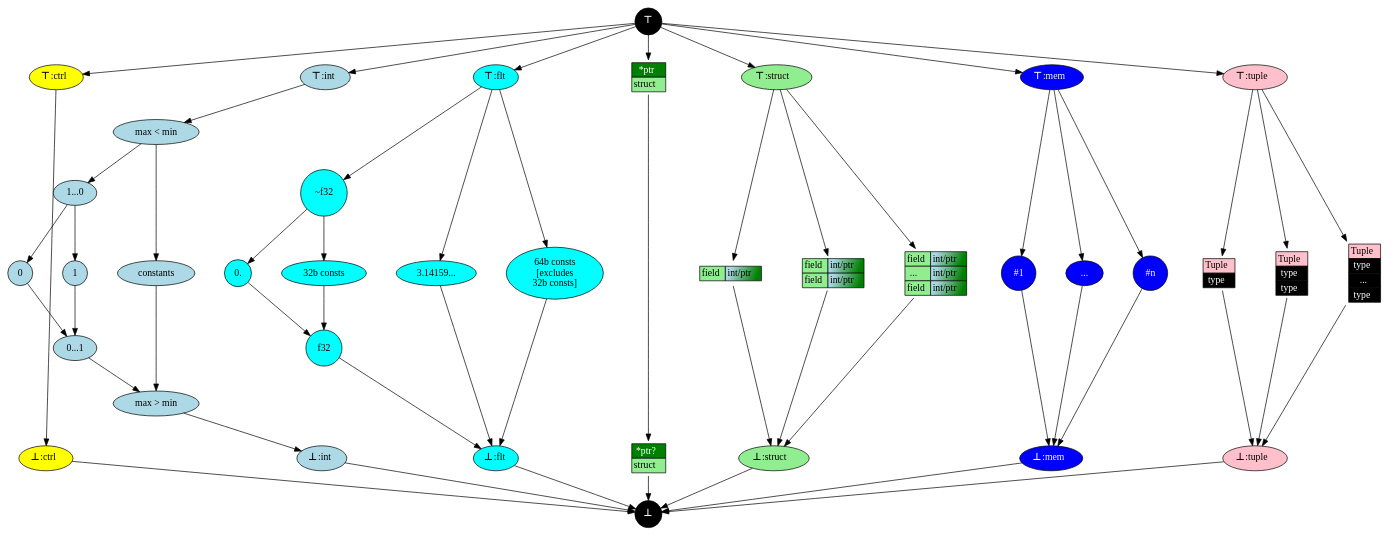
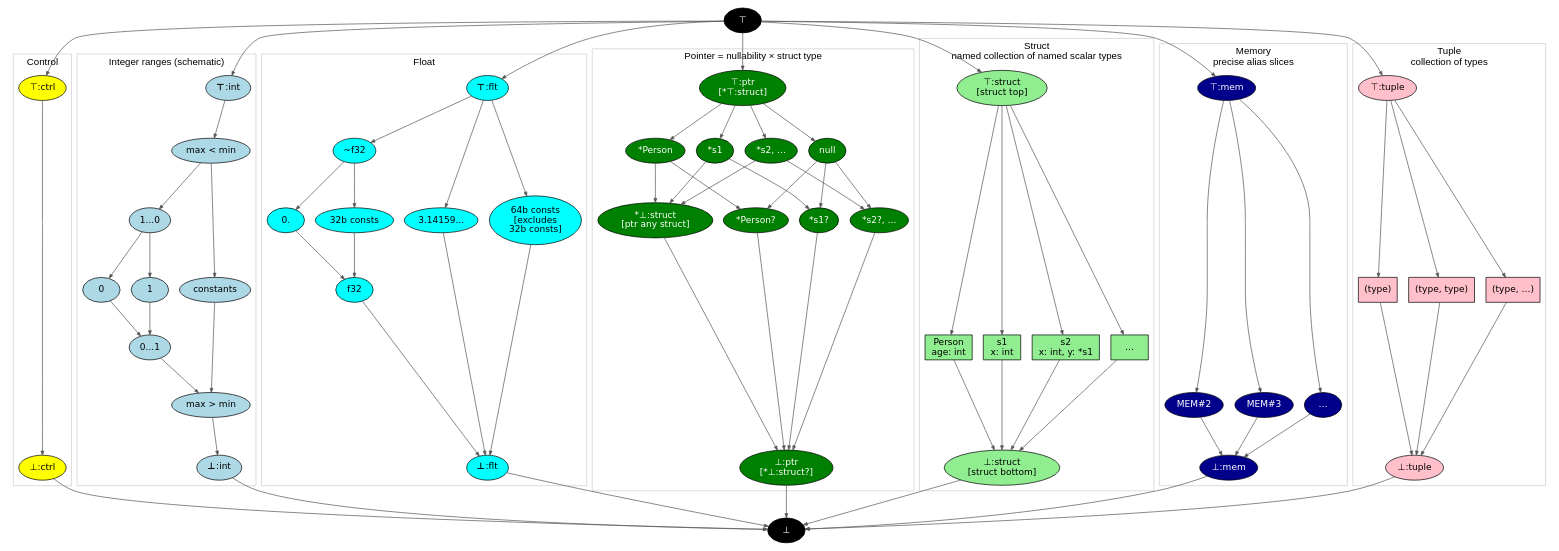
One commit to SeaOfNodes/Simple changed the diagram in chapter14/docs/lattice.gv. Above: the diagram before and after it, drawn with Graphviz. The commit also changed 175 other files, not shown here.

```diff
--- a/chapter14/docs/lattice.gv
+++ b/chapter14/docs/lattice.gv
@@ -1,202 +1,159 @@
 digraph Lattice {
-    compound = true;
-    // Define nodes
-    splines=false;
-    node [shape=circle, style=filled];
-    nodesep=0.6;
+    rankdir=TB;
+    newrank=true;
+    // Preserve the same-rank ordering edges through cluster layout.
+    remincross=false;
+    nodesep=0.22;
+    ranksep=0.65;
+    node [shape=ellipse, style=filled, fontname="DejaVu Sans", fontsize=13];
+    edge [color="#555555", arrowsize=0.6];
 
-    TOP [label=<<B>⊤</B >>, fillcolor=black, fontcolor=white];
-    BOT [label=<<B>⊥</B>>, fillcolor=black, fontcolor=white];
+    // These arrows are lattice-order edges, not use/definition edges.
+    TOP [label="⊤", fillcolor=black, fontcolor=white];
+    BOT [label="⊥", fillcolor=black, fontcolor=white];
 
-    // ----------------------
-    // Control
-    XCTRL [label=<<B>⊤</B >:ctrl>, fillcolor=yellow, shape=oval];
-    CTRL  [label=<<B>⊥</B>:ctrl>, fillcolor=yellow, shape=oval];
+    subgraph cluster_control {
+        label="Control"; fontname="Arial"; color="#cccccc";
+        node [fillcolor="#ffff00"];
+        XCTRL [label="⊤:ctrl"];
+        CTRL [label="⊥:ctrl"];
+        XCTRL -> CTRL;
+    }
 
-    TOP   -> XCTRL;
-    XCTRL -> CTRL;
-    CTRL  -> BOT;
+    subgraph cluster_integer {
+        label="Integer ranges (schematic)"; fontname="Arial"; color="#cccccc";
+        INT_TOP [label=<<B>⊤</B >:int>, fillcolor=lightblue, shape=oval];
+        INT_BOT [label=<<B>⊥</B>:int>, fillcolor=lightblue, shape=oval];
 
-    // ----------------------
-    // Integers
-    INT_TOP [label=<<B>⊤</B >:int>, fillcolor=lightblue, shape=oval];
-    INT_BOT [label=<<B>⊥</B>:int>, fillcolor=lightblue, shape=oval];
+        INT_HI    [label="max < min" , fillcolor=lightblue, shape=oval];
+        INT_XBOOL [label="1...0", fillcolor=lightblue, shape=oval];
+        INT_CON   [label="constants", fillcolor=lightblue, shape=oval];
+        INT_CON0  [label="0", fillcolor=lightblue];
+        INT_CON1  [label="1", fillcolor=lightblue];
+        INT_BOOL  [label="0...1", fillcolor=lightblue,shape=oval];
+        INT_LO    [label="max > min" , fillcolor=lightblue, shape=oval];
 
-    INT_HI    [label="max < min" , fillcolor=lightblue, shape=oval];
-    INT_XBOOL [label="1...0", fillcolor=lightblue, shape=oval];
-    INT_CON   [label="constants", fillcolor=lightblue, shape=oval];
-    INT_CON0  [label="0", fillcolor=lightblue];
-    INT_CON1  [label="1", fillcolor=lightblue];
-    INT_BOOL  [label="0...1", fillcolor=lightblue,shape=oval];
-    INT_LO    [label="max > min" , fillcolor=lightblue, shape=oval];
+        INT_TOP    -> INT_HI;
+        INT_HI     -> INT_XBOOL;
+        INT_XBOOL  -> INT_CON0;
+        INT_XBOOL  -> INT_CON1;
+        INT_HI     -> INT_CON;
+        INT_CON0   -> INT_BOOL;
+        INT_CON1   -> INT_BOOL;
+        INT_BOOL   -> INT_LO;
+        INT_CON    -> INT_LO;
+        INT_LO     -> INT_BOT;
 
-    TOP        -> INT_TOP;
-    INT_TOP    -> INT_HI;
-    INT_HI     -> INT_XBOOL;
-    INT_XBOOL  -> INT_CON0;
-    INT_XBOOL  -> INT_CON1;
-    INT_HI     -> INT_CON;
-    INT_CON0   -> INT_BOOL;
-    INT_CON1   -> INT_BOOL;
-    INT_BOOL   -> INT_LO;
-    INT_CON    -> INT_LO;
-    INT_LO     -> INT_BOT;
-    INT_BOT    -> BOT;
+        INT_CON0 -> INT_CON1 -> INT_CON [style=invis];
 
-    INT_CON0 -> INT_CON1 -> INT_CON [style=invis];
+        {rank=same; INT_CON0; INT_CON1; INT_CON;}
+    }
 
-    // ----------------------
-    // Floats
-    FLT_TOP [label=<<B>⊤</B >:flt>, fillcolor=aqua, shape=oval];
-    FLT_BOT [label=<<B>⊥</B>:flt>, fillcolor=aqua, shape=oval];
+    subgraph cluster_float {
+        label="Float"; fontname="Arial"; color="#cccccc";
+        FLT_TOP [label=<<B>⊤</B >:flt>, fillcolor=aqua, shape=oval];
+        FLT_BOT [label=<<B>⊥</B>:flt>, fillcolor=aqua, shape=oval];
 
-    FLT_CON64  [label="64b consts\n[excludes\n32b consts]" , fillcolor=aqua, shape=oval];
-    FLT_CON32  [label="32b consts", fillcolor=aqua, shape=oval];
-    FLT_CONPI  [label="3.14159...", fillcolor=aqua, shape=oval];
-    FLT_X32    [label="~f32", fillcolor=aqua];
-    FLT_CON0   [label="0."  , fillcolor=aqua];
-    FLT_32     [label="f32" , fillcolor=aqua];
+        FLT_CON64  [label="64b consts\n[excludes\n32b consts]" , fillcolor=aqua, shape=oval];
+        FLT_CON32  [label="32b consts", fillcolor=aqua, shape=oval];
+        FLT_CONPI  [label="3.14159...", fillcolor=aqua, shape=oval];
+        FLT_X32    [label="~f32", fillcolor=aqua];
+        FLT_CON0   [label="0."  , fillcolor=aqua];
+        FLT_32     [label="f32" , fillcolor=aqua];
 
-    TOP       -> FLT_TOP;
-    FLT_TOP   -> FLT_CON64
-    FLT_TOP   -> FLT_CONPI
-    FLT_CON64 -> FLT_BOT
-    FLT_CONPI -> FLT_BOT
-    
-    FLT_TOP   -> FLT_X32;
-    FLT_X32   -> FLT_CON0;
-    FLT_X32   -> FLT_CON32;
-    FLT_CON0  -> FLT_32;
-    FLT_CON32 -> FLT_32;
-    FLT_32    -> FLT_BOT
-    
-    FLT_BOT   -> BOT;
+        FLT_TOP   -> FLT_CON64
+        FLT_TOP   -> FLT_CONPI
+        FLT_CON64 -> FLT_BOT
+        FLT_CONPI -> FLT_BOT
 
-    FLT_CON0 -> FLT_CON32 -> FLT_CONPI -> FLT_CON64 [style=invis];
+        FLT_TOP   -> FLT_X32;
+        FLT_X32   -> FLT_CON0;
+        FLT_X32   -> FLT_CON32;
+        FLT_CON0  -> FLT_32;
+        FLT_CON32 -> FLT_32;
+        FLT_32    -> FLT_BOT
+
+        FLT_CON0 -> FLT_CON32 -> FLT_CONPI -> FLT_CON64 [style=invis];
 
 
-    // ----------------------
-    // Pointers, just a boolean nil/not and a struct
-    PTR  [shape=none, fillcolor=none, label=<
-      <TABLE BORDER="0" CELLBORDER="1" CELLSPACING="0">
-        <TR><TD BGCOLOR="green"><FONT color="white">*ptr</FONT></TD></TR>
-        <TR><TD BGCOLOR="lightgreen">struct</TD></TR>
-      </TABLE>
-    >];
-    PTR0  [shape=none, fillcolor=none, label=<
-      <TABLE BORDER="0" CELLBORDER="1" CELLSPACING="0">
-        <TR><TD BGCOLOR="green"><FONT color="white">*ptr?</FONT></TD></TR>
-        <TR><TD BGCOLOR="lightgreen">struct</TD></TR>
-      </TABLE>
-    >];
-    
-    TOP  -> PTR;
-    PTR  -> PTR0;
-    PTR0 -> BOT;
+        {rank=same; FLT_CON0; FLT_CON32; FLT_CONPI; FLT_CON64;}
+    }
 
-    // ----------------------
-    // Structs
-    STRUCT_TOP    [label=<<B>⊤</B >:struct>, fillcolor=lightgreen, shape=oval];
-    STRUCT_BOT    [label=<<B>⊥</B>:struct>, fillcolor=lightgreen, shape=oval];
+    subgraph cluster_pointer {
+        label="Pointer = nullability × struct type";
+        fontname="Arial"; color="#cccccc";
+        node [fillcolor="#008000", fontcolor=white];
+        PTR_TOP [label="⊤:ptr\n[*⊤:struct]"];
+        PTR_BOT [label="⊥:ptr\n[*⊥:struct?]"];
+        PTR_NULL [label="null"];
+        PTR_ANY [label="*⊥:struct\n[ptr any struct]"];
+        PTR_PERSON [label="*Person"];
+        PTR_S1 [label="*s1"];
+        PTR_MORE [label="*s2, …"];
+        PTR_PERSON_NIL [label="*Person?"];
+        PTR_S1_NIL [label="*s1?"];
+        PTR_MORE_NIL [label="*s2?, …"];
+        {rank=same; PTR_PERSON; PTR_S1; PTR_MORE; PTR_NULL;}
+        {rank=same; PTR_ANY; PTR_PERSON_NIL; PTR_S1_NIL; PTR_MORE_NIL;}
+        PTR_PERSON -> PTR_S1 -> PTR_MORE -> PTR_NULL [style=invis];
+        PTR_ANY -> PTR_PERSON_NIL -> PTR_S1_NIL -> PTR_MORE_NIL [style=invis];
+        PTR_TOP -> {PTR_PERSON PTR_S1 PTR_MORE PTR_NULL};
+        {PTR_PERSON PTR_S1 PTR_MORE} -> PTR_ANY;
+        PTR_PERSON -> PTR_PERSON_NIL;
+        PTR_S1 -> PTR_S1_NIL;
+        PTR_MORE -> PTR_MORE_NIL;
+        PTR_NULL -> {PTR_PERSON_NIL PTR_S1_NIL PTR_MORE_NIL};
+        {PTR_ANY PTR_PERSON_NIL PTR_S1_NIL PTR_MORE_NIL} -> PTR_BOT;
+    }
 
-    STRUCT_S1  [shape=none, fillcolor=none, label=<
-      <TABLE BORDER="0" CELLBORDER="1" CELLSPACING="0">
-        <TR><TD BGCOLOR="lightgreen">field</TD><TD BGCOLOR="lightblue:green" gradientangle="315">int/ptr</TD></TR>
-      </TABLE>
-    >];
-    STRUCT_S2  [shape=none, fillcolor=none, label=<
-      <TABLE BORDER="0" CELLBORDER="1" CELLSPACING="0">
-        <TR><TD BGCOLOR="lightgreen">field</TD><TD BGCOLOR="lightblue:green" gradientangle="315">int/ptr</TD></TR>
-        <TR><TD BGCOLOR="lightgreen">field</TD><TD BGCOLOR="lightblue:green" gradientangle="315">int/ptr</TD></TR>
-      </TABLE>
-    >];
-    STRUCT_SN  [shape=none, fillcolor=none, label=<
-      <TABLE BORDER="0" CELLBORDER="1" CELLSPACING="0">
-        <TR><TD BGCOLOR="lightgreen">field</TD><TD BGCOLOR="lightblue:green" gradientangle="315">int/ptr</TD></TR>
-        <TR><TD BGCOLOR="lightgreen">...  </TD><TD BGCOLOR="lightblue:green" gradientangle="315">int/ptr</TD></TR>
-        <TR><TD BGCOLOR="lightgreen">field</TD><TD BGCOLOR="lightblue:green" gradientangle="315">int/ptr</TD></TR>
-      </TABLE>
-    >];
+    subgraph cluster_struct {
+        label="Struct\nnamed collection of named scalar types";
+        fontname="Arial"; color="#cccccc";
+        node [fillcolor="#90ee90"];
+        STRUCT_TOP [label="⊤:struct\n[struct top]"];
+        STRUCT_BOT [label="⊥:struct\n[struct bottom]"];
+        STRUCT_PERSON [label="Person\nage: int", shape=box];
+        STRUCT_S1 [label="s1\nx: int", shape=box];
+        STRUCT_S2 [label="s2\nx: int, y: *s1", shape=box];
+        STRUCT_MORE [label="…", shape=box];
+        {rank=same; STRUCT_PERSON; STRUCT_S1; STRUCT_S2; STRUCT_MORE;}
+        STRUCT_PERSON -> STRUCT_S1 -> STRUCT_S2 -> STRUCT_MORE [style=invis];
+        STRUCT_TOP -> {STRUCT_PERSON STRUCT_S1 STRUCT_S2 STRUCT_MORE};
+        {STRUCT_PERSON STRUCT_S1 STRUCT_S2 STRUCT_MORE} -> STRUCT_BOT;
+    }
 
+    subgraph cluster_memory {
+        label="Memory\nprecise alias slices"; fontname="Arial"; color="#cccccc";
+        node [fillcolor="#00008b", fontcolor=white];
+        MEM_TOP [label="⊤:mem"];
+        MEM_BOT [label="⊥:mem"];
+        MEM_ALIAS2 [label="MEM#2"];
+        MEM_ALIAS3 [label="MEM#3"];
+        MEM_MORE [label="…"];
+        {rank=same; MEM_ALIAS2; MEM_ALIAS3; MEM_MORE;}
+        MEM_ALIAS2 -> MEM_ALIAS3 -> MEM_MORE [style=invis];
+        MEM_TOP -> {MEM_ALIAS2 MEM_ALIAS3 MEM_MORE};
+        {MEM_ALIAS2 MEM_ALIAS3 MEM_MORE} -> MEM_BOT;
+    }
 
-    TOP          -> STRUCT_TOP;
-    STRUCT_TOP   -> STRUCT_S1;
-    STRUCT_TOP   -> STRUCT_S2;
-    STRUCT_TOP   -> STRUCT_SN;
-    STRUCT_S1    -> STRUCT_BOT;
-    STRUCT_S2    -> STRUCT_BOT;
-    STRUCT_SN    -> STRUCT_BOT;
-    STRUCT_BOT   -> BOT;
+    subgraph cluster_tuple {
+        label="Tuple\ncollection of types";
+        fontname="Arial"; color="#cccccc";
+        node [fillcolor="#ffc0cb"];
+        TUPLE_TOP [label="⊤:tuple"];
+        TUPLE_BOT [label="⊥:tuple"];
+        TUPLE1 [label="(type)", shape=box];
+        TUPLE2 [label="(type, type)", shape=box];
+        TUPLEN [label="(type, …)", shape=box];
+        {rank=same; TUPLE1; TUPLE2; TUPLEN;}
+        TUPLE1 -> TUPLE2 -> TUPLEN [style=invis];
+        TUPLE_TOP -> {TUPLE1 TUPLE2 TUPLEN};
+        {TUPLE1 TUPLE2 TUPLEN} -> TUPLE_BOT;
+    }
 
-    STRUCT_S1 -> STRUCT_S2 -> STRUCT_SN [style=invis];
-
-    // ----------------------
-    // Memory
-    MEM_TOP       [label=<<B>⊤</B >:mem>, fillcolor=blue, fontcolor=white, shape=oval];
-    MEM_BOT       [label=<<B>⊥</B>:mem>, fillcolor=blue, fontcolor=white, shape=oval];
-    MEM_ALIAS1    [label="#1"     , fillcolor=blue, fontcolor=white];
-    MEM_ALIASDOTS [label="..."    , fillcolor=blue, fontcolor=white, shape=oval];
-    MEM_ALIASN    [label="#n"     , fillcolor=blue, fontcolor=white];
-
-    TOP          -> MEM_TOP;
-    MEM_TOP      -> MEM_ALIAS1;
-    MEM_TOP      -> MEM_ALIASDOTS;
-    MEM_TOP      -> MEM_ALIASN;
-    MEM_ALIAS1   -> MEM_BOT;
-    MEM_ALIASDOTS -> MEM_BOT;
-    MEM_ALIASN    -> MEM_BOT;
-    MEM_BOT       -> BOT;
-
-    MEM_ALIAS1 -> MEM_ALIASDOTS -> MEM_ALIASN [style=invis];
-
-    // ----------------------
-    // Tuples
-
-    TUPLE_TOP [label=<<B>⊤</B >:tuple>, fillcolor=pink, shape=oval];
-    TUPLE_BOT [label=<<B>⊥</B>:tuple>, fillcolor=pink, shape=oval];
-
-    TUPLE1 [shape=none, fillcolor=none, label=<
-      <TABLE BORDER="0" CELLBORDER="1" CELLSPACING="0">
-        <TH><TD BGCOLOR="pink">Tuple</TD></TH>
-        <TR><TD BGCOLOR="black" ><FONT color="white">type</FONT></TD></TR>
-      </TABLE>
-    >];
-    TUPLE2 [shape=none, fillcolor=none, label=<
-      <TABLE BORDER="0" CELLBORDER="1" CELLSPACING="0">
-        <TH><TD BGCOLOR="pink">Tuple</TD></TH>
-        <TR><TD BGCOLOR="black" ><FONT color="white">type</FONT></TD></TR>
-        <TR><TD BGCOLOR="black" ><FONT color="white">type</FONT></TD></TR>
-      </TABLE>
-    >];
-    TUPLEN [shape=none, fillcolor=none, label=<
-      <TABLE BORDER="0" CELLBORDER="1" CELLSPACING="0">
-        <TH><TD BGCOLOR="pink">Tuple</TD></TH>
-        <TR><TD BGCOLOR="black" ><FONT color="white">type</FONT></TD></TR>
-        <TR><TD BGCOLOR="black" ><FONT color="white">...</FONT></TD></TR>
-        <TR><TD BGCOLOR="black" ><FONT color="white">type</FONT></TD></TR>
-      </TABLE>
-    >];
-
-
-    TOP -> TUPLE_TOP;
-    TUPLE_TOP -> TUPLE1;
-    TUPLE_TOP -> TUPLE2;
-    TUPLE_TOP -> TUPLEN;
-    TUPLE1 -> TUPLE_BOT;
-    TUPLE2 -> TUPLE_BOT;
-    TUPLEN -> TUPLE_BOT;
-    TUPLE_BOT -> BOT;
-
-    // ----------------------
-    // Additional customization
-    {rank=same; TOP;}
-    {rank=same; INT_TOP; FLT_TOP; XCTRL; PTR; STRUCT_TOP; MEM_TOP; TUPLE_TOP}
-    {rank=same; INT_CON; INT_CON0; INT_CON1;
-                FLT_CON32; FLT_CON64;  FLT_CON0; FLT_CONPI;
-                STRUCT_S1; STRUCT_S2; STRUCT_SN;
-                MEM_ALIAS1;  MEM_ALIASDOTS; MEM_ALIASN;
-                TUPLE1; TUPLE2; TUPLEN;
-    }
-    {rank=same; INT_BOT; FLT_BOT; CTRL; PTR0; STRUCT_BOT; MEM_BOT; TUPLE_BOT}
-    {rank=same; BOT;}
+    TOP -> {XCTRL INT_TOP FLT_TOP PTR_TOP STRUCT_TOP MEM_TOP TUPLE_TOP};
+    {CTRL INT_BOT FLT_BOT PTR_BOT STRUCT_BOT MEM_BOT TUPLE_BOT} -> BOT;
+    {rank=same; XCTRL; INT_TOP; FLT_TOP; PTR_TOP; STRUCT_TOP; MEM_TOP; TUPLE_TOP;}
+    {rank=same; CTRL; INT_BOT; FLT_BOT; PTR_BOT; STRUCT_BOT; MEM_BOT; TUPLE_BOT;}
+    XCTRL -> INT_TOP -> FLT_TOP -> PTR_TOP -> STRUCT_TOP -> MEM_TOP -> TUPLE_TOP [style=invis];
 }
```
